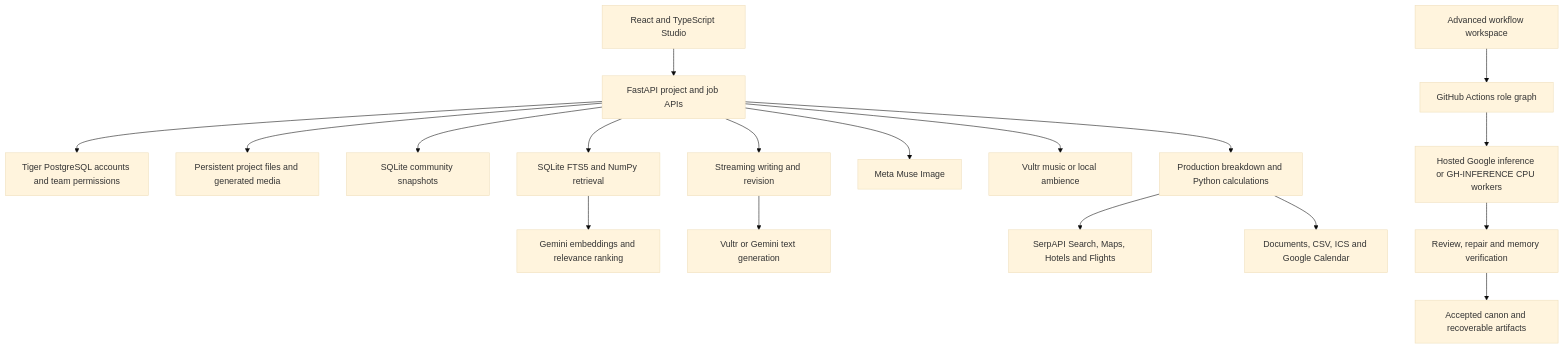
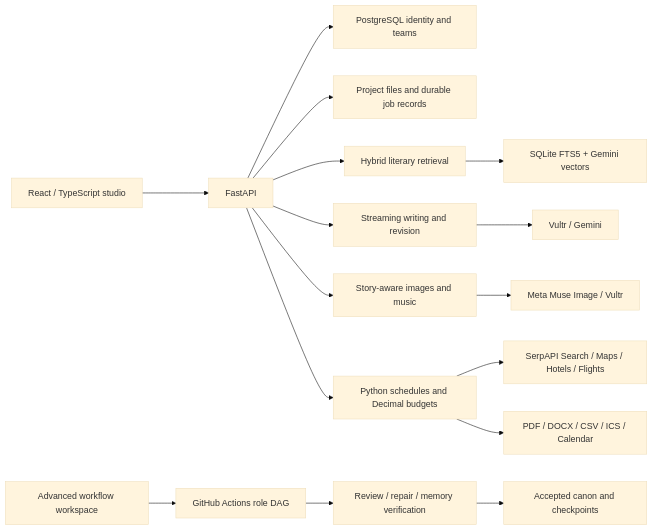
One commit to TanishC4444/ParaMyth changed the diagram in README.md. Above: the diagram before and after it, drawn with Mermaid (base theme). The commit also changed other lines of this file and 11 other files, not shown here.

Commit message:
Make ParaMyth easier to evaluate and repair fresh-checkout search

````diff
--- a/README.md
+++ b/README.md
@@ -130,20 +62,18 @@
 ```mermaid
-flowchart TD
-    UI[React and TypeScript Studio] --> API[FastAPI project and job APIs]
-    API --> Identity[Tiger PostgreSQL accounts and team permissions]
-    API --> Files[Persistent project files and generated media]
-    API --> Community[SQLite community snapshots]
+flowchart LR
+    UI[React / TypeScript studio] --> API[FastAPI]
+    API --> Teams[PostgreSQL identity and teams]
+    API --> Files[Project files and durable job records]
+    API --> Search[Hybrid literary retrieval]
+    Search --> Index[SQLite FTS5 + Gemini vectors]
     API --> Writing[Streaming writing and revision]
-    API --> Retrieval[SQLite FTS5 and NumPy retrieval]
-    Retrieval --> Gemini[Gemini embeddings and relevance ranking]
-    Writing --> Text[Vultr or Gemini text generation]
-    API --> Visuals[Meta Muse Image]
-    API --> Music[Vultr music or local ambience]
-    API --> Planning[Production breakdown and Python calculations]
-    Planning --> Search[SerpAPI Search, Maps, Hotels and Flights]
-    Planning --> Exports[Documents, CSV, ICS and Google Calendar]
-    Advanced[Advanced workflow workspace] --> Actions[GitHub Actions role graph]
-    Actions --> Inference[Hosted Google inference or GH-INFERENCE CPU workers]
-    Inference --> Gates[Review, repair and memory verification]
-    Gates --> Canon[Accepted canon and recoverable artifacts]
+    Writing --> Models[Vultr / Gemini]
+    API --> Media[Story-aware images and music]
+    Media --> Providers[Meta Muse Image / Vultr]
+    API --> Plan[Python schedules and Decimal budgets]
+    Plan --> Research[SerpAPI Search / Maps / Hotels / Flights]
+    Plan --> Export[PDF / DOCX / CSV / ICS / Calendar]
+    Advanced[Advanced workflow workspace] --> Actions[GitHub Actions role DAG]
+    Actions --> Gates[Review / repair / memory verification]
+    Gates --> Canon[Accepted canon and checkpoints]
 ```
````
